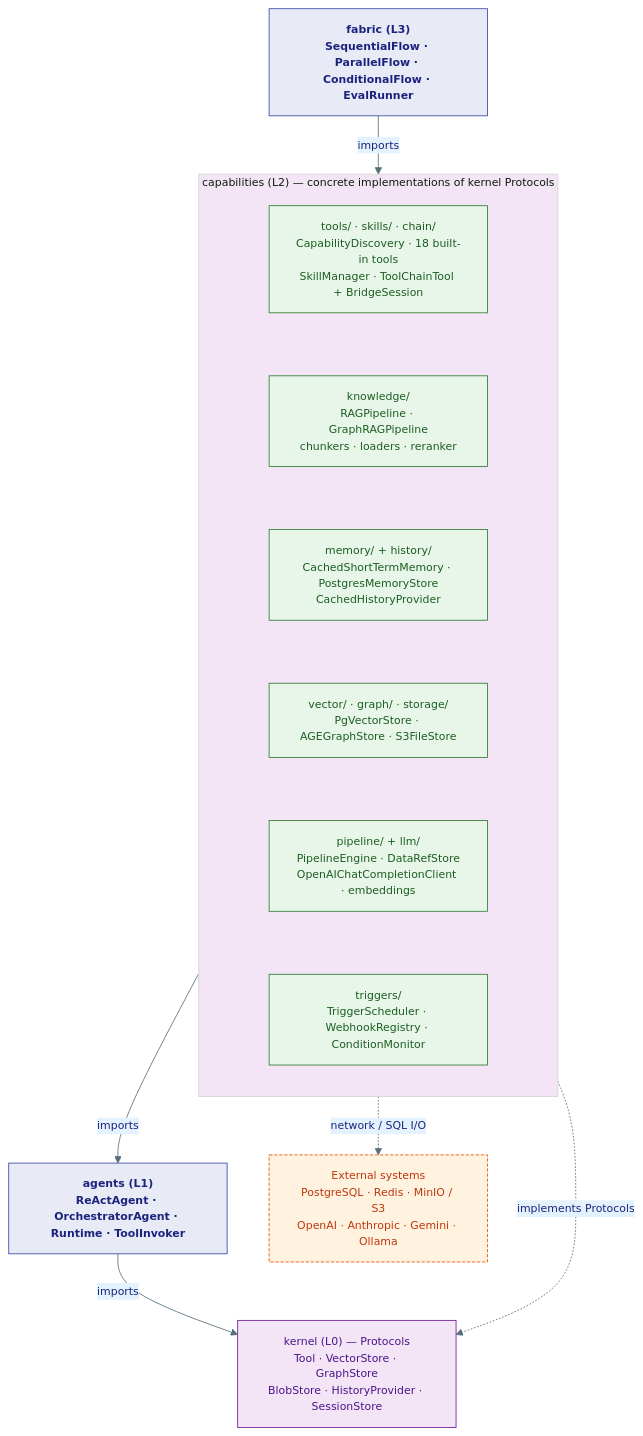
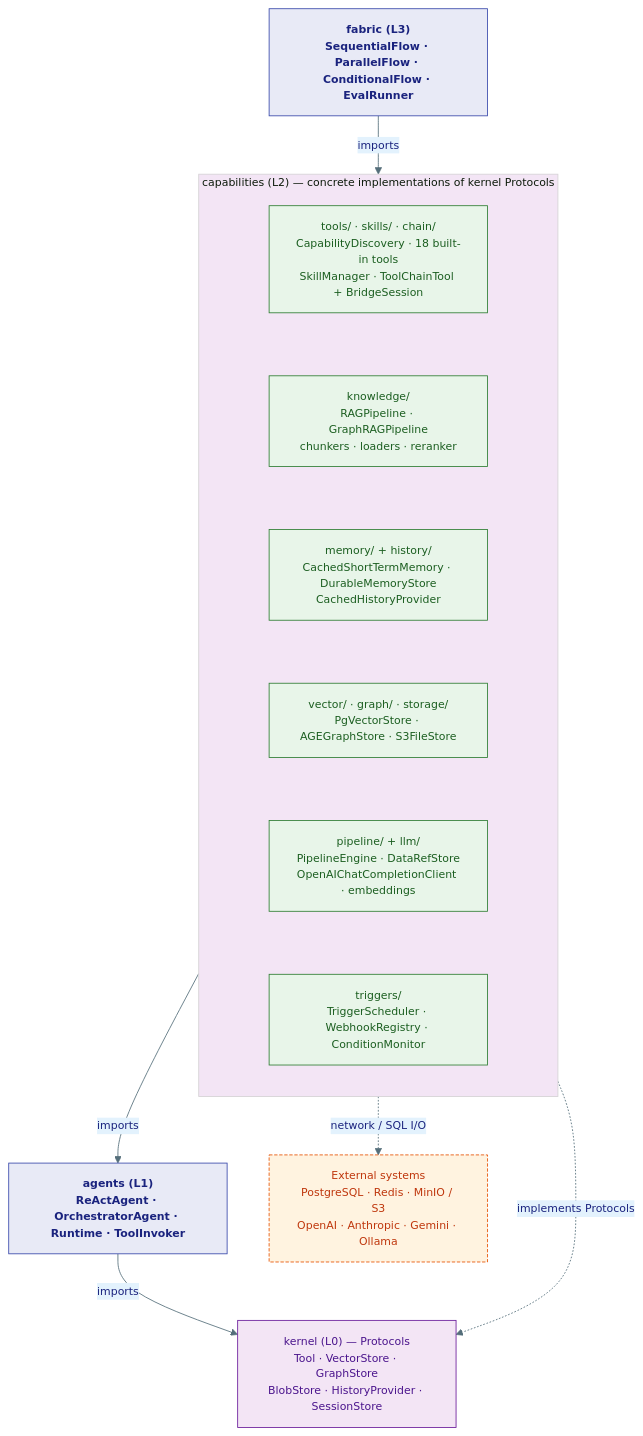
The diagram in agents/agent-substrate/docs/capabilities/index.md (Ravikumarchavva/agent-substrate), drawn with Mermaid before and after one commit. The commit also changed other lines of this file and 133 other files, not shown here.

````diff
--- a/agents/agent-substrate/docs/capabilities/index.md
+++ b/agents/agent-substrate/docs/capabilities/index.md
@@ -26,31 +26,31 @@
 ```mermaid
 %%{init: {'theme': 'base', 'themeVariables': {'primaryColor': '#E8EAF6','primaryTextColor': '#1A237E','primaryBorderColor': '#3949AB','lineColor': '#546E7A','secondaryColor': '#E3F2FD','tertiaryColor': '#F3E5F5','fontSize': '13px'}}}%%
 flowchart TB
     classDef layer fill:#E8EAF6,stroke:#3949AB,color:#1A237E,font-weight:bold
     classDef cap   fill:#E8F5E9,stroke:#2E7D32,color:#1B5E20
     classDef ext   fill:#FFF3E0,stroke:#E65100,color:#BF360C,stroke-dasharray:4 2
     classDef proto fill:#F3E5F5,stroke:#6A1B9A,color:#4A148C
 
     L3["fabric (L3)<br/>SequentialFlow · ParallelFlow · ConditionalFlow · EvalRunner"]:::layer
 
     subgraph L2["capabilities (L2) — concrete implementations of kernel Protocols"]
         direction TB
         T["tools/ · skills/ · chain/<br/>CapabilityDiscovery · 18 built-in tools<br/>SkillManager · ToolChainTool + BridgeSession"]:::cap
         K["knowledge/<br/>RAGPipeline · GraphRAGPipeline<br/>chunkers · loaders · reranker"]:::cap
-        MH["memory/ + history/<br/>CachedShortTermMemory · PostgresMemoryStore<br/>CachedHistoryProvider"]:::cap
+        MH["memory/ + history/<br/>CachedShortTermMemory · DurableMemoryStore<br/>CachedHistoryProvider"]:::cap
         SS["vector/ · graph/ · storage/<br/>PgVectorStore · AGEGraphStore · S3FileStore"]:::cap
         PE["pipeline/ + llm/<br/>PipelineEngine · DataRefStore<br/>OpenAIChatCompletionClient · embeddings"]:::cap
         TR["triggers/<br/>TriggerScheduler · WebhookRegistry · ConditionMonitor"]:::cap
         T ~~~ K ~~~ MH ~~~ SS ~~~ PE ~~~ TR
     end
 
     L1["agents (L1)<br/>ReActAgent · OrchestratorAgent · Runtime · ToolInvoker"]:::layer
     L0["kernel (L0) — Protocols<br/>Tool · VectorStore · GraphStore<br/>BlobStore · HistoryProvider · SessionStore"]:::proto
     EXT["External systems<br/>PostgreSQL · Redis · MinIO / S3<br/>OpenAI · Anthropic · Gemini · Ollama"]:::ext
 
     L3 -->|"imports"| L2
     L2 -->|"imports"| L1
     L1 -->|"imports"| L0
     L2 -.->|"implements Protocols"| L0
     L2 -.->|"network / SQL I/O"| EXT
 ```
````
